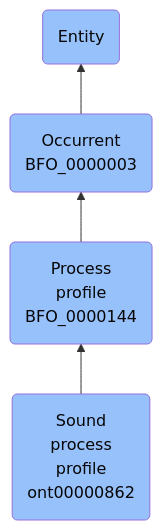
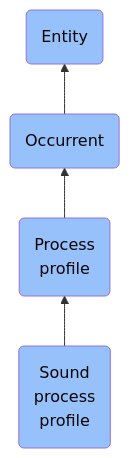
One commit to jupyter-naas/abi changed the diagram in docs/ontology/reference/model/Entity/Occurrent/Process profile/Sound process profile/Sound process profile.md. Above: the diagram before and after it, drawn with Mermaid. The commit also changed other lines of this file and 1430 other files, not shown here.

````diff
--- a/docs/ontology/reference/model/Entity/Occurrent/Process profile/Sound process profile/Sound process profile.md
+++ b/docs/ontology/reference/model/Entity/Occurrent/Process profile/Sound process profile/Sound process profile.md
@@ -24,11 +24,11 @@
 ```mermaid
 graph BT
-    ont00000862(Sound<br>process<br>profile<br>ont00000862):::BFO-->BFO_0000144
-    BFO_0000144(Process<br>profile<br>BFO_0000144):::BFO-->BFO_0000003
-    BFO_0000003(Occurrent<br>BFO_0000003):::BFO-->BFO_0000001
+    ont00000862(Sound<br>process<br>profile):::BFO-->BFO_0000144
+    BFO_0000144(Process<br>profile):::BFO-->BFO_0000003
+    BFO_0000003(Occurrent):::BFO-->BFO_0000001
     BFO_0000001(Entity):::BFO
     
     classDef BFO fill:#97c1fb,color:#060606
     classDef CCO fill:#e4c51e,color:#060606
     classDef ABI fill:#48DD82,color:#060606
 ```
````
